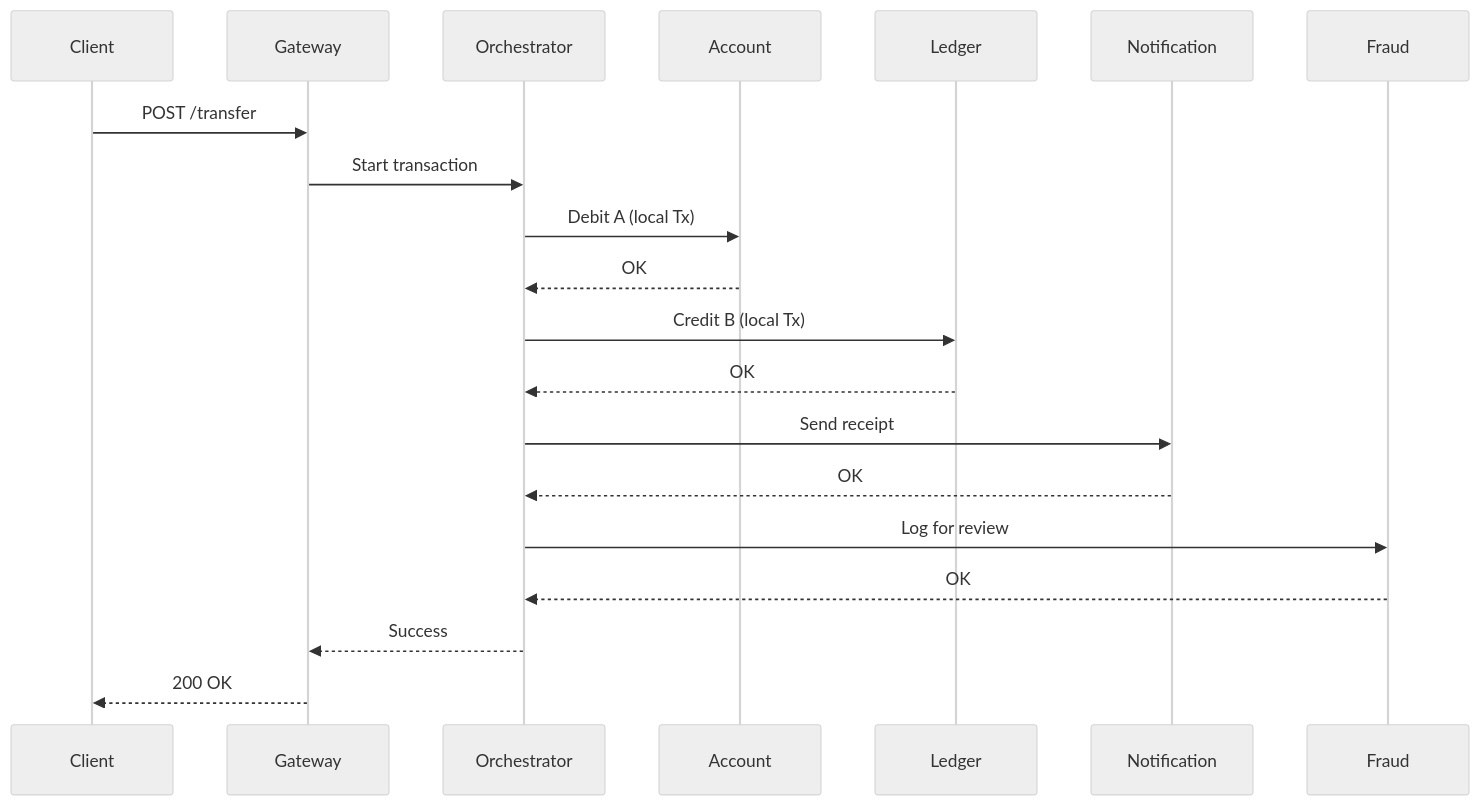
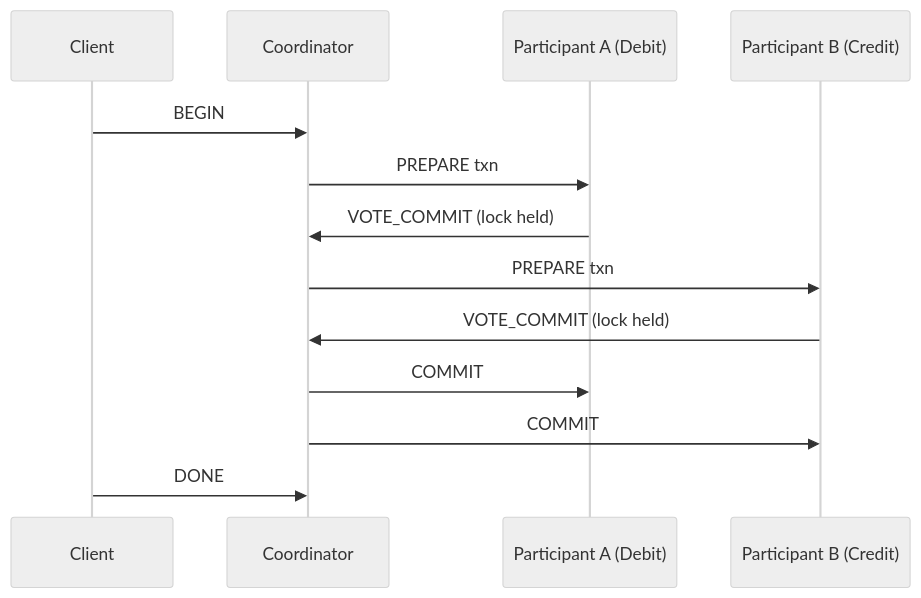
One commit to abhishekghoshh/system-design-helper changed the fourth of 12 diagrams in docs/system-design/high-level/designing/advanced/distributed-transaction-banking-system.md. Above: the diagram before and after it, drawn with Mermaid (neutral theme). The commit also changed other lines of this file and 107 other files, not shown here.

````diff
--- a/docs/system-design/high-level/designing/advanced/distributed-transaction-banking-system.md
+++ b/docs/system-design/high-level/designing/advanced/distributed-transaction-banking-system.md
@@ -287,23 +477,15 @@
 ```mermaid
 sequenceDiagram
-  participant Client
-  participant Gateway
-  participant Orchestrator
-  participant Account
-  participant Ledger
-  participant Notification
-  participant Fraud
-
-  Client->>Gateway: POST /transfer
-  Gateway->>Orchestrator: Start transaction
-  Orchestrator->>Account: Debit A (local Tx)
-  Account-->>Orchestrator: OK
-  Orchestrator->>Ledger: Credit B (local Tx)
-  Ledger-->>Orchestrator: OK
-  Orchestrator->>Notification: Send receipt
-  Notification-->>Orchestrator: OK
-  Orchestrator->>Fraud: Log for review
-  Fraud-->>Orchestrator: OK
-  Orchestrator-->>Gateway: Success
-  Gateway-->>Client: 200 OK
+    participant C as Client
+    participant CO as Coordinator
+    participant P1 as Participant A (Debit)
+    participant P2 as Participant B (Credit)
+    C->>CO: BEGIN
+    CO->>P1: PREPARE txn
+    P1->>CO: VOTE_COMMIT (lock held)
+    CO->>P2: PREPARE txn
+    P2->>CO: VOTE_COMMIT (lock held)
+    CO->>P1: COMMIT
+    CO->>P2: COMMIT
+    C->>CO: DONE
 ```
````
